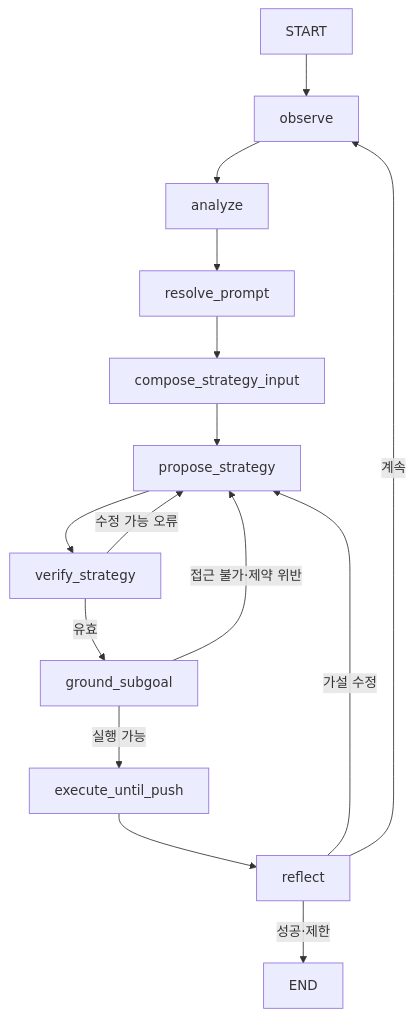
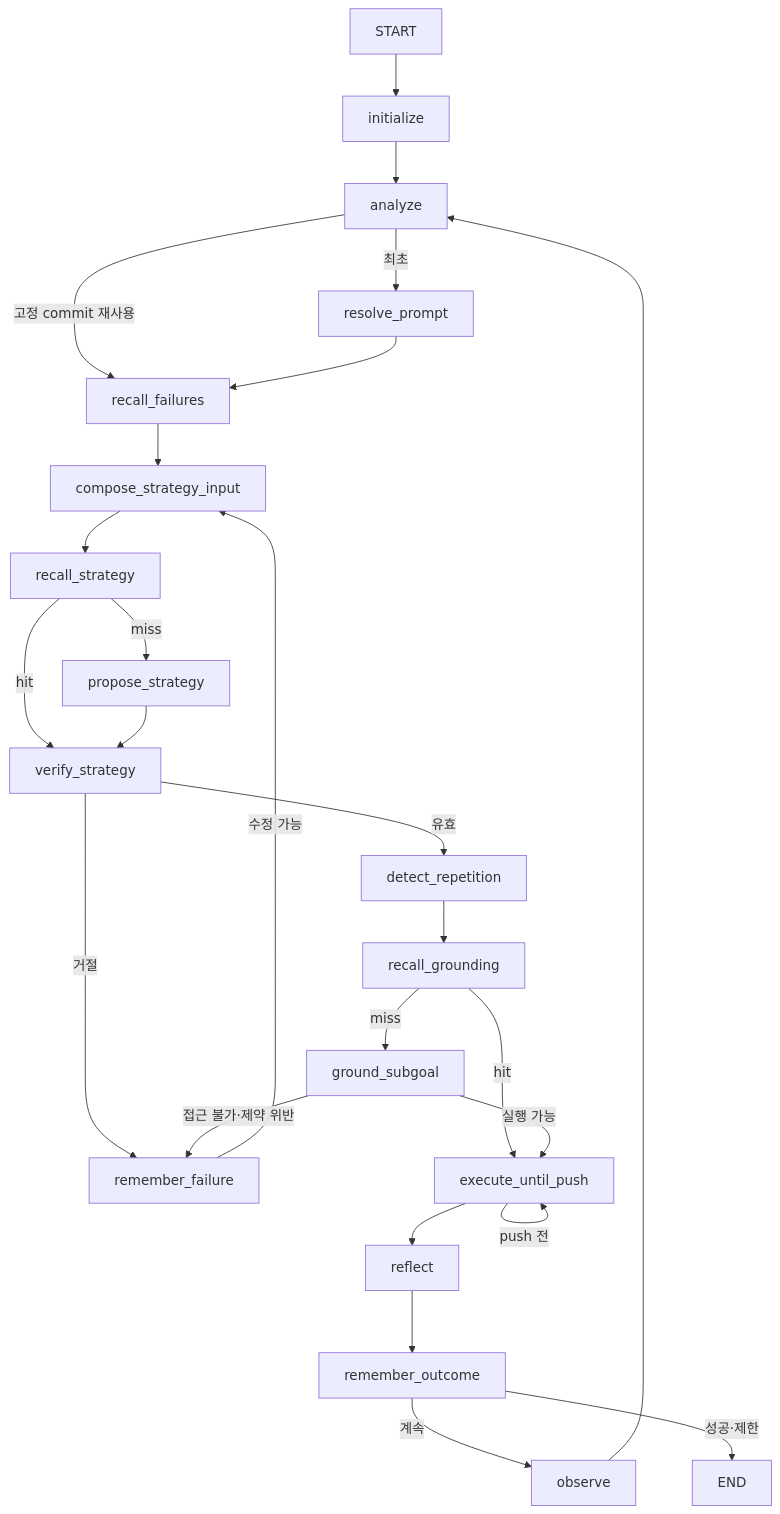
One commit to fredisbusy/sokoban-agent changed the second of 2 diagrams in docs/ARCHITECTURE.md. Above: the diagram before and after it, drawn with Mermaid. The commit also changed other lines of this file and 19 other files, not shown here.

Commit message:
feat(graph): LangGraph 메모리 재사용 추가

````diff
--- a/docs/ARCHITECTURE.md
+++ b/docs/ARCHITECTURE.md
@@ -62,17 +62,27 @@
 ```mermaid
 flowchart TD
-    S["START"] --> O["observe"]
-    O --> A["analyze"]
-    A --> L["resolve_prompt"]
-    L --> C["compose_strategy_input"]
-    C --> P["propose_strategy"]
+    S["START"] --> I["initialize"]
+    I --> A["analyze"]
+    A -->|"최초"| L["resolve_prompt"]
+    A -->|"고정 commit 재사용"| F["recall_failures"]
+    L --> F
+    F --> C["compose_strategy_input"]
+    C --> RS["recall_strategy"]
+    RS -->|"miss"| P["propose_strategy"]
+    RS -->|"hit"| V["verify_strategy"]
     P --> V["verify_strategy"]
-    V -->|"수정 가능 오류"| P
-    V -->|"유효"| G["ground_subgoal"]
-    G -->|"접근 불가·제약 위반"| P
+    V -->|"거절"| RF["remember_failure"]
+    RF -->|"수정 가능"| C
+    V -->|"유효"| D["detect_repetition"]
+    D --> RG["recall_grounding"]
+    RG -->|"miss"| G["ground_subgoal"]
+    RG -->|"hit"| X["execute_until_push"]
+    G -->|"접근 불가·제약 위반"| RF
     G -->|"실행 가능"| X["execute_until_push"]
+    X -->|"push 전"| X
     X --> R["reflect"]
-    R -->|"계속"| O
-    R -->|"가설 수정"| P
-    R -->|"성공·제한"| E["END"]
+    R --> M["remember_outcome"]
+    M -->|"계속"| O["observe"]
+    O --> A
+    M -->|"성공·제한"| E["END"]
 ```
````
